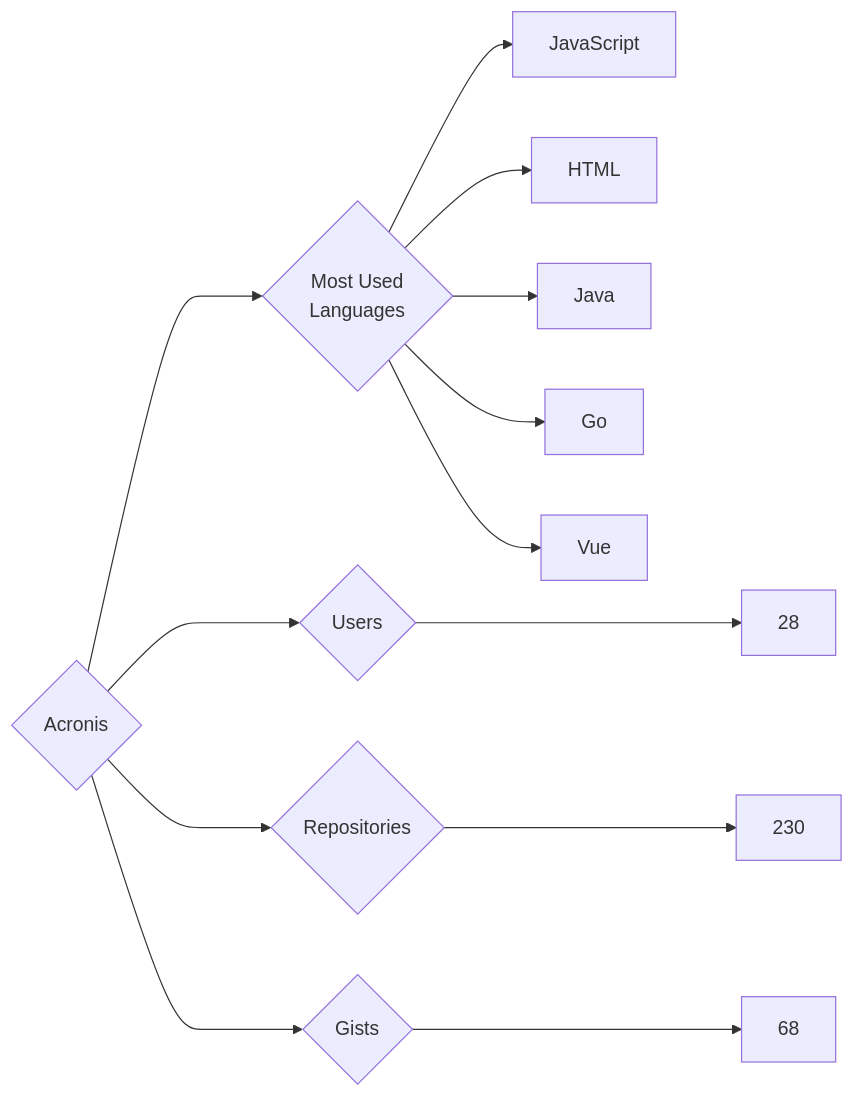
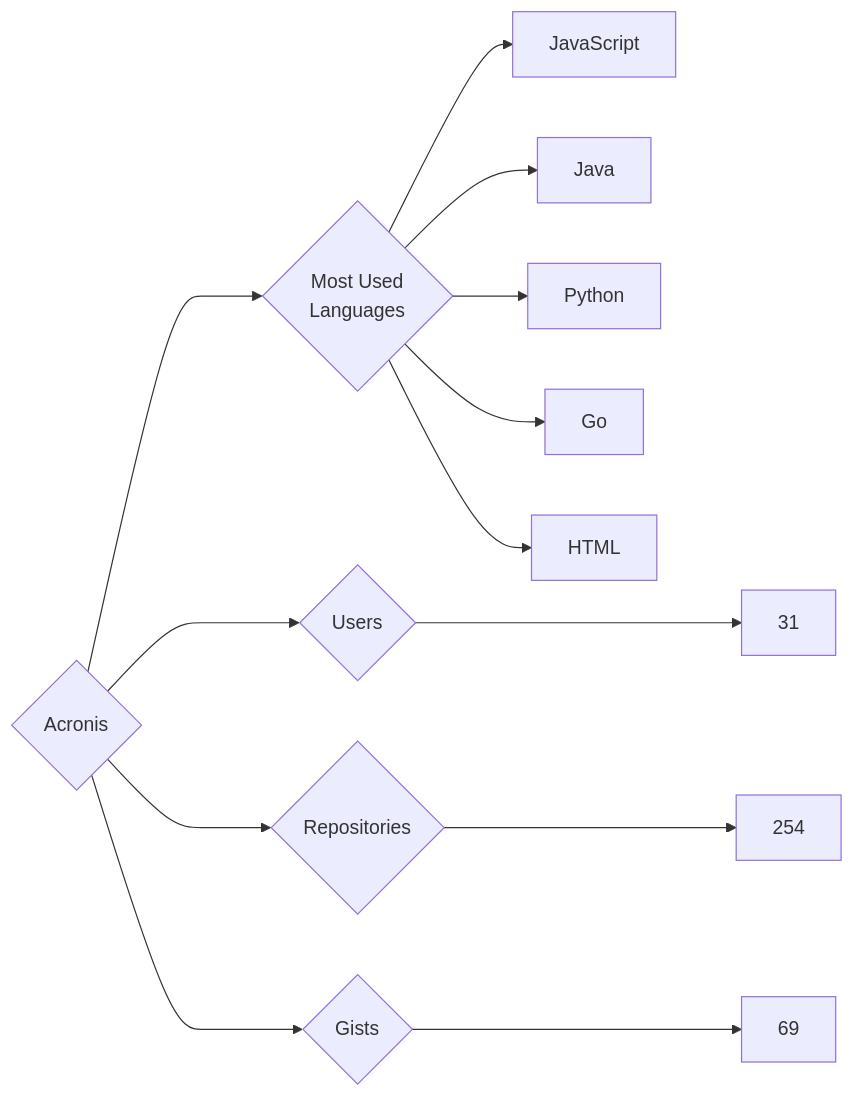
The diagram in targets/Acronis/README.md (trickest/insiders), drawn with Mermaid before and after one commit. The commit also changed 873 other files, not shown here.

````diff
--- a/targets/Acronis/README.md
+++ b/targets/Acronis/README.md
@@ -3,13 +3,13 @@
 ```mermaid
 graph LR
 COMPANY_NAME{Acronis}
-COMPANY_NAME ---> U{Users} ---> UN[28]
-COMPANY_NAME ---> R{Repositories} ---> RN[230]
-COMPANY_NAME ---> G{Gists} ---> GN[68]
+COMPANY_NAME ---> U{Users} ---> UN[31]
+COMPANY_NAME ---> R{Repositories} ---> RN[254]
+COMPANY_NAME ---> G{Gists} ---> GN[69]
 COMPANY_NAME ---> ML{Most Used<br>Languages}
 ML --> JavaScript[JavaScript]
+ML --> Java[Java]
+ML --> Python[Python]
+ML --> Go[Go]
 ML --> HTML[HTML]
-ML --> Java[Java]
-ML --> Go[Go]
-ML --> Vue[Vue]
 ```
````
